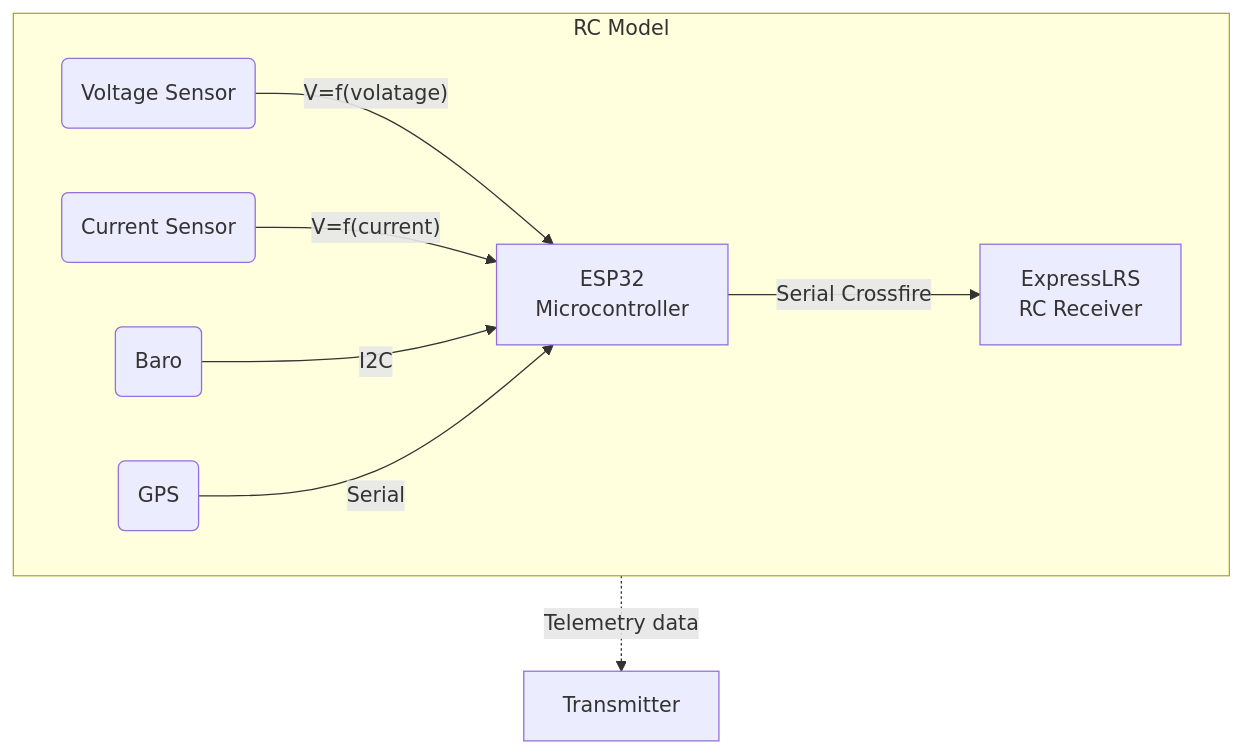
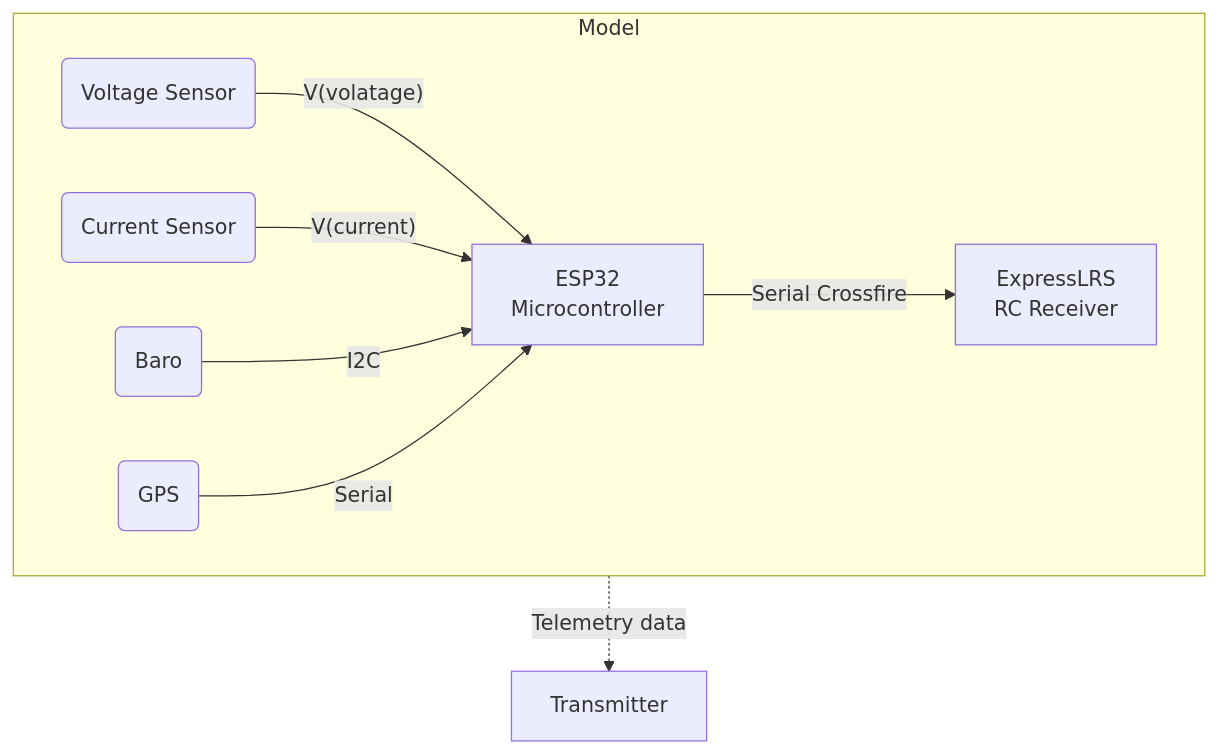
Before and after one commit to icebreaker-ch/OpenCRSFSensor: the diagram in README.md, drawn with Mermaid.

````diff
--- a/README.md
+++ b/README.md
@@ -14,14 +14,14 @@
 ```mermaid
 graph TB;
-    subgraph RC Model
+    subgraph Model
         direction LR
-        vs(Voltage Sensor)--V=f(volatage)-->esp["ESP32
+        vs(Voltage Sensor)--V(volatage)-->esp["ESP32
                                           Microcontroller"];
-        cs(Current Sensor)--V=f(current)-->esp;
+        cs(Current Sensor)--V(current)-->esp;
         baro(Baro)--I2C-->esp
         gps(GPS)--Serial-->esp
         esp-- Serial Crossfire -->rx["ExpressLRS
         RC Receiver"]
     end
-    rx-. Telemetry data.->tx[Transmitter]
+    Model-. Telemetry data.->tx[Transmitter]
    ```
````
